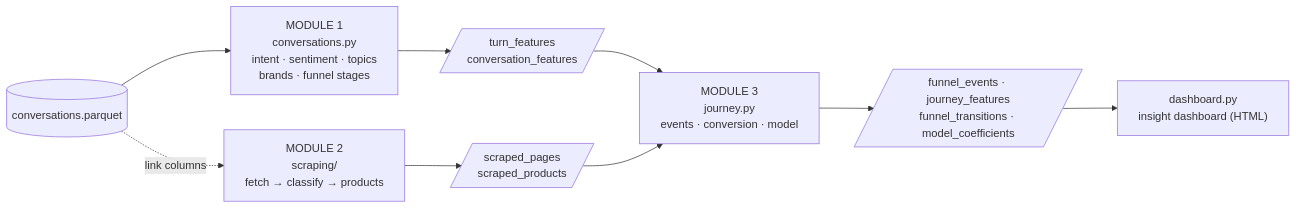
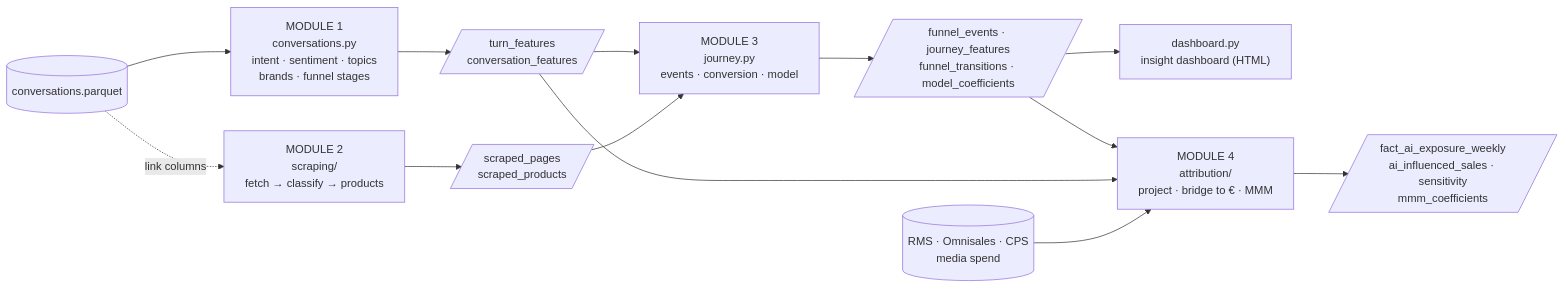
The first of 2 diagrams in docs/PROJECT_WIKI.md (DavidJHub/conveyer), drawn with Mermaid before and after one commit. The commit also changed other lines of this file and 14 other files, not shown here.

````diff
--- a/docs/PROJECT_WIKI.md
+++ b/docs/PROJECT_WIKI.md
@@ -111,11 +111,15 @@
 ```mermaid
 flowchart LR
     IN[("conversations.parquet")] --> M1["MODULE 1<br/>conversations.py<br/>intent · sentiment · topics<br/>brands · funnel stages"]
     IN -. "link columns" .-> M2["MODULE 2<br/>scraping/<br/>fetch → classify → products"]
     M1 --> T[/"turn_features<br/>conversation_features"/]
     M2 --> P[/"scraped_pages<br/>scraped_products"/]
     T --> M3["MODULE 3<br/>journey.py<br/>events · conversion · model"]
     P --> M3
     M3 --> J[/"funnel_events · journey_features<br/>funnel_transitions · model_coefficients"/]
     J --> D["dashboard.py<br/>insight dashboard (HTML)"]
+    J --> M4["MODULE 4<br/>attribution/<br/>project · bridge to € · MMM"]
+    T --> M4
+    S[("RMS · Omnisales · CPS<br/>media spend")] --> M4
+    M4 --> A[/"fact_ai_exposure_weekly<br/>ai_influenced_sales · sensitivity<br/>mmm_coefficients"/]
 ```
````
